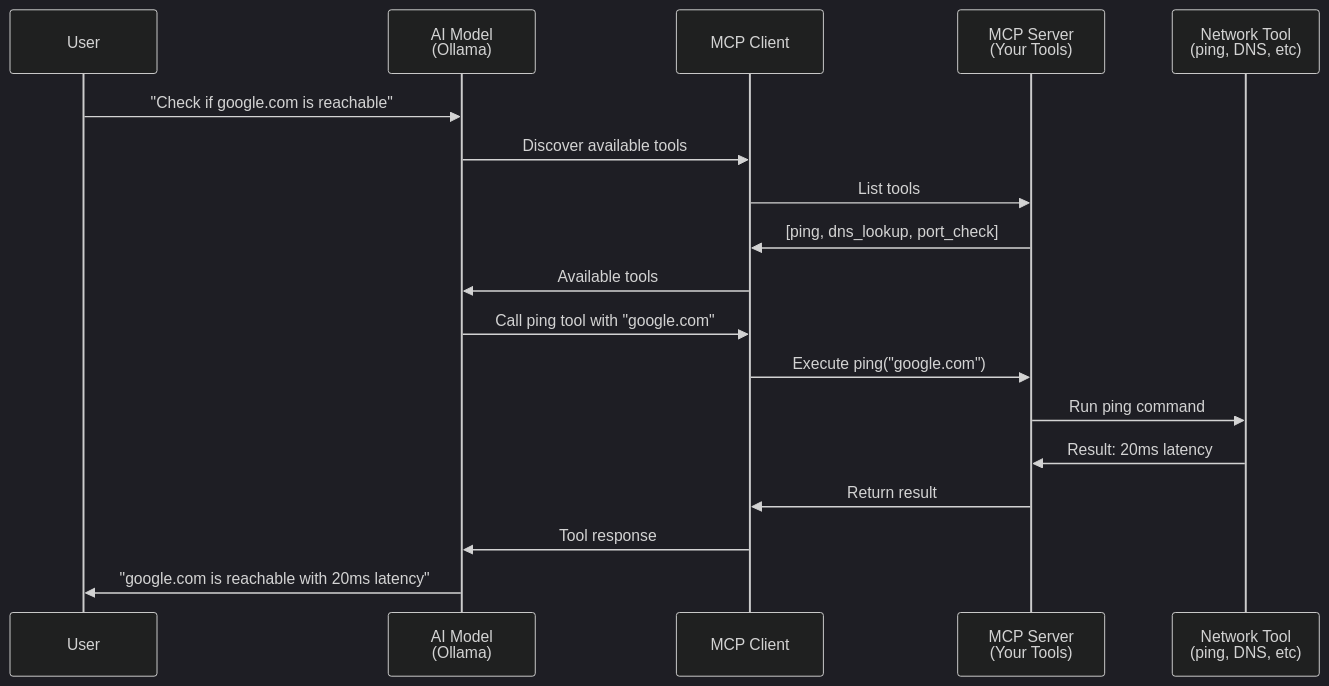
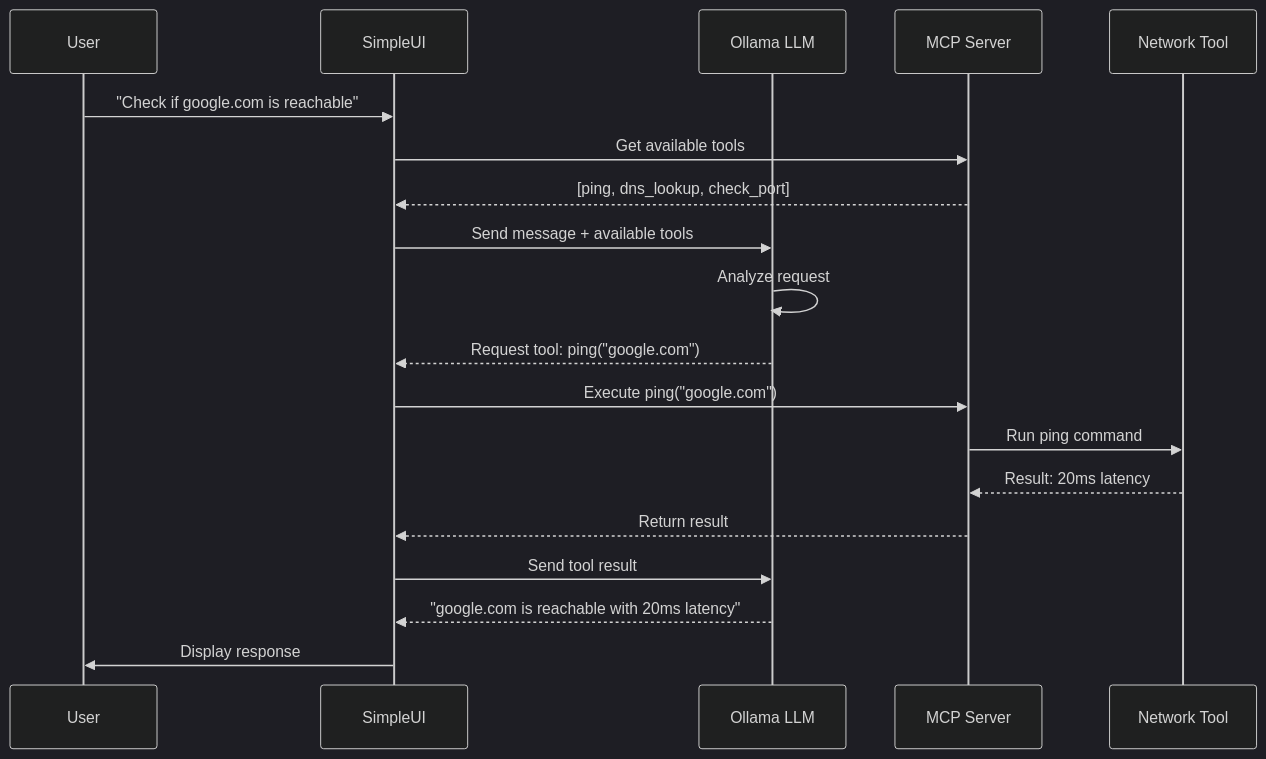
Before and after one commit to seanerama/learning-labs: the second of 5 diagrams in mcp/README.md, drawn with Mermaid (dark theme). The commit also changed other lines of this file and 27 other files, not shown here.

First line of the commit message:
Replace MCP Web UI with SimpleUI framework

````diff
--- a/mcp/README.md
+++ b/mcp/README.md
@@ -81,21 +80,22 @@
 ```mermaid
 sequenceDiagram
     participant User
-    participant AI as AI Model<br/>(Ollama)
-    participant MCP as MCP Client
-    participant Server as MCP Server<br/>(Your Tools)
-    participant Tool as Network Tool<br/>(ping, DNS, etc)
+    participant UI as SimpleUI
+    participant Ollama as Ollama LLM
+    participant MCP as MCP Server
+    participant Tool as Network Tool
 
-    User->>AI: "Check if google.com is reachable"
-    AI->>MCP: Discover available tools
-    MCP->>Server: List tools
-    Server->>MCP: [ping, dns_lookup, port_check]
-    MCP->>AI: Available tools
-    AI->>MCP: Call ping tool with "google.com"
-    MCP->>Server: Execute ping("google.com")
-    Server->>Tool: Run ping command
-    Tool->>Server: Result: 20ms latency
-    Server->>MCP: Return result
-    MCP->>AI: Tool response
-    AI->>User: "google.com is reachable with 20ms latency"
+    User->>UI: "Check if google.com is reachable"
+    UI->>MCP: Get available tools
+    MCP-->>UI: [ping, dns_lookup, check_port]
+    UI->>Ollama: Send message + available tools
+    Ollama->>Ollama: Analyze request
+    Ollama-->>UI: Request tool: ping("google.com")
+    UI->>MCP: Execute ping("google.com")
+    MCP->>Tool: Run ping command
+    Tool-->>MCP: Result: 20ms latency
+    MCP-->>UI: Return result
+    UI->>Ollama: Send tool result
+    Ollama-->>UI: "google.com is reachable with 20ms latency"
+    UI->>User: Display response
 ```
````
